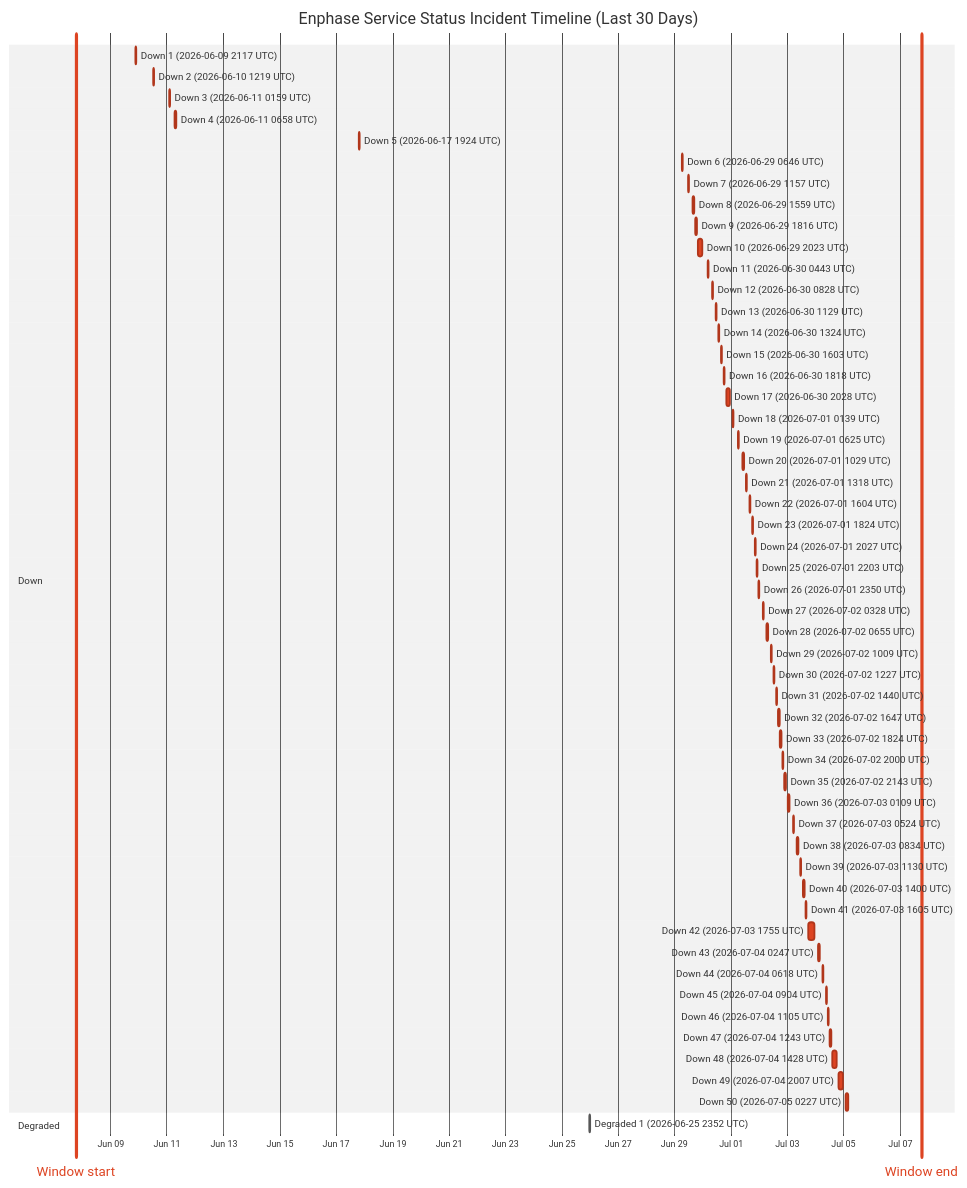
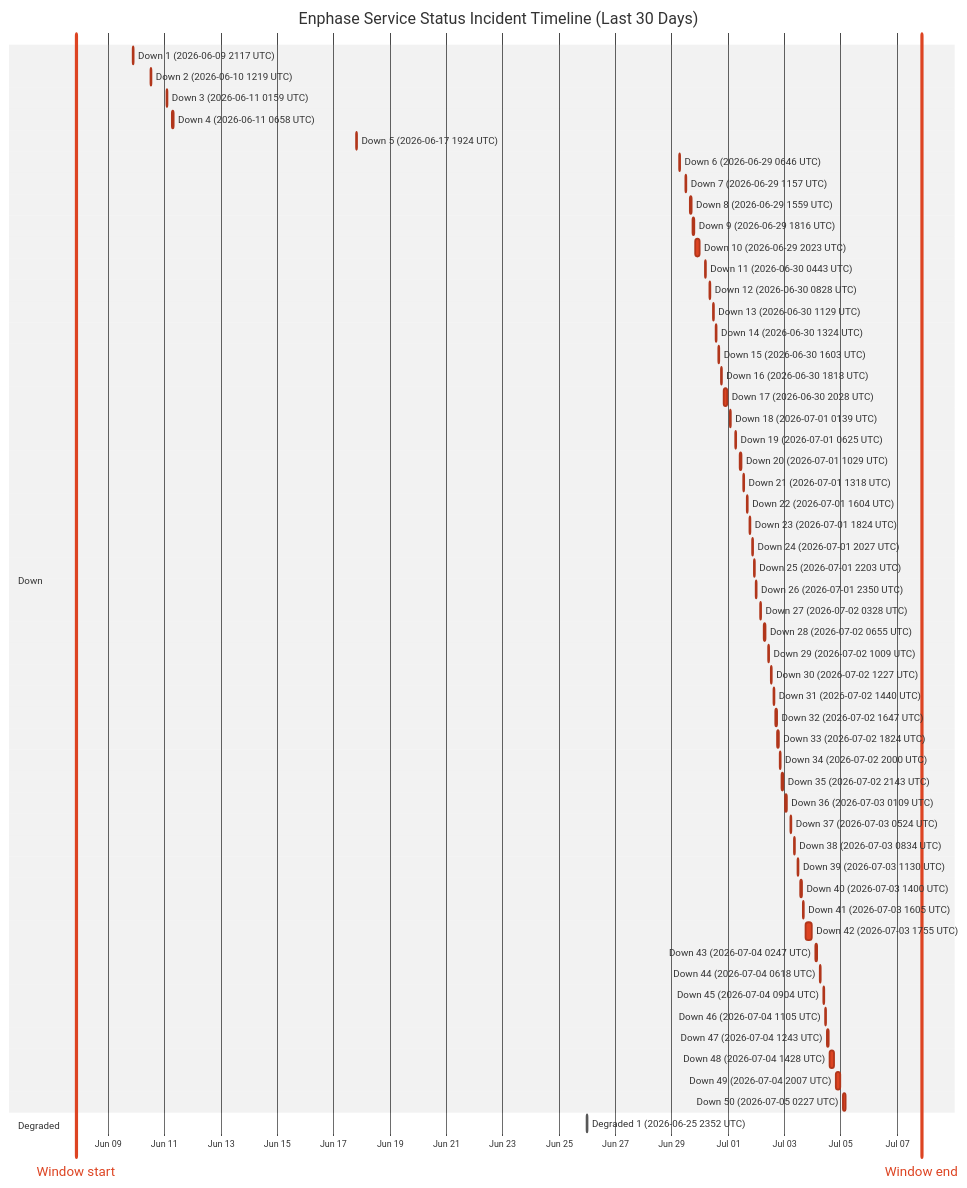
One commit to barneyonline/ha-enphase-energy changed the diagram in wiki/Service-Status-History.md. Above: the diagram before and after it, drawn with Mermaid (neutral theme). The commit also changed other lines of this file and 3 other files, not shown here.

````diff
--- a/wiki/Service-Status-History.md
+++ b/wiki/Service-Status-History.md
@@ -14,61 +14,61 @@
 ```mermaid
 gantt
     title Enphase Service Status Incident Timeline (Last 30 Days)
     dateFormat  YYYY-MM-DDTHH:mm:ss
     axisFormat  %b %d
-    Window start :vert, window-start, 2026-06-07T18:32:04, 0ms
-    Window end :vert, window-end, 2026-07-07T18:32:04, 0ms
+    Window start :vert, window-start, 2026-06-07T20:48:57, 0ms
+    Window end :vert, window-end, 2026-07-07T20:48:57, 0ms
     section Down
     Down 1 (2026-06-09 2117 UTC) :crit, down-1, 2026-06-09T21:17:17, 60m
     Down 2 (2026-06-10 1219 UTC) :crit, down-2, 2026-06-10T12:19:21, 60m
     Down 3 (2026-06-11 0159 UTC) :crit, down-3, 2026-06-11T01:59:36, 60m
     Down 4 (2026-06-11 0658 UTC) :crit, down-4, 2026-06-11T06:58:45, 60m
     Down 5 (2026-06-17 1924 UTC) :crit, down-5, 2026-06-17T19:24:51, 60m
     Down 6 (2026-06-29 0646 UTC) :crit, down-6, 2026-06-29T06:46:18, 60m
     Down 7 (2026-06-29 1157 UTC) :crit, down-7, 2026-06-29T11:57:36, 60m
     Down 8 (2026-06-29 1559 UTC) :crit, down-8, 2026-06-29T15:59:02, 60m
     Down 9 (2026-06-29 1816 UTC) :crit, down-9, 2026-06-29T18:16:38, 60m
     Down 10 (2026-06-29 2023 UTC) :crit, down-10, 2026-06-29T20:23:16, 220m
     Down 11 (2026-06-30 0443 UTC) :crit, down-11, 2026-06-30T04:43:54, 60m
     Down 12 (2026-06-30 0828 UTC) :crit, down-12, 2026-06-30T08:28:43, 60m
     Down 13 (2026-06-30 1129 UTC) :crit, down-13, 2026-06-30T11:29:15, 60m
     Down 14 (2026-06-30 1324 UTC) :crit, down-14, 2026-06-30T13:24:25, 60m
     Down 15 (2026-06-30 1603 UTC) :crit, down-15, 2026-06-30T16:03:26, 60m
     Down 16 (2026-06-30 1818 UTC) :crit, down-16, 2026-06-30T18:18:39, 60m
     Down 17 (2026-06-30 2028 UTC) :crit, down-17, 2026-06-30T20:28:54, 171m
     Down 18 (2026-07-01 0139 UTC) :crit, down-18, 2026-07-01T01:39:18, 60m
     Down 19 (2026-07-01 0625 UTC) :crit, down-19, 2026-07-01T06:25:35, 60m
     Down 20 (2026-07-01 1029 UTC) :crit, down-20, 2026-07-01T10:29:24, 60m
     Down 21 (2026-07-01 1318 UTC) :crit, down-21, 2026-07-01T13:18:31, 60m
     Down 22 (2026-07-01 1604 UTC) :crit, down-22, 2026-07-01T16:04:29, 60m
     Down 23 (2026-07-01 1824 UTC) :crit, down-23, 2026-07-01T18:24:21, 60m
     Down 24 (2026-07-01 2027 UTC) :crit, down-24, 2026-07-01T20:27:17, 60m
     Down 25 (2026-07-01 2203 UTC) :crit, down-25, 2026-07-01T22:03:46, 60m
     Down 26 (2026-07-01 2350 UTC) :crit, down-26, 2026-07-01T23:50:52, 60m
     Down 27 (2026-07-02 0328 UTC) :crit, down-27, 2026-07-02T03:28:33, 60m
     Down 28 (2026-07-02 0655 UTC) :crit, down-28, 2026-07-02T06:55:07, 60m
     Down 29 (2026-07-02 1009 UTC) :crit, down-29, 2026-07-02T10:09:15, 60m
     Down 30 (2026-07-02 1227 UTC) :crit, down-30, 2026-07-02T12:27:49, 60m
     Down 31 (2026-07-02 1440 UTC) :crit, down-31, 2026-07-02T14:40:53, 60m
     Down 32 (2026-07-02 1647 UTC) :crit, down-32, 2026-07-02T16:47:47, 60m
     Down 33 (2026-07-02 1824 UTC) :crit, down-33, 2026-07-02T18:24:26, 60m
     Down 34 (2026-07-02 2000 UTC) :crit, down-34, 2026-07-02T20:00:57, 60m
     Down 35 (2026-07-02 2143 UTC) :crit, down-35, 2026-07-02T21:43:52, 80m
     Down 36 (2026-07-03 0109 UTC) :crit, down-36, 2026-07-03T01:09:19, 60m
     Down 37 (2026-07-03 0524 UTC) :crit, down-37, 2026-07-03T05:24:23, 60m
     Down 38 (2026-07-03 0834 UTC) :crit, down-38, 2026-07-03T08:34:05, 60m
     Down 39 (2026-07-03 1130 UTC) :crit, down-39, 2026-07-03T11:30:41, 60m
     Down 40 (2026-07-03 1400 UTC) :crit, down-40, 2026-07-03T14:00:48, 60m
     Down 41 (2026-07-03 1605 UTC) :crit, down-41, 2026-07-03T16:05:49, 60m
     Down 42 (2026-07-03 1755 UTC) :crit, down-42, 2026-07-03T17:55:54, 338m
     Down 43 (2026-07-04 0247 UTC) :crit, down-43, 2026-07-04T02:47:22, 60m
     Down 44 (2026-07-04 0618 UTC) :crit, down-44, 2026-07-04T06:18:09, 60m
     Down 45 (2026-07-04 0904 UTC) :crit, down-45, 2026-07-04T09:04:41, 60m
     Down 46 (2026-07-04 1105 UTC) :crit, down-46, 2026-07-04T11:05:21, 60m
     Down 47 (2026-07-04 1243 UTC) :crit, down-47, 2026-07-04T12:43:25, 60m
     Down 48 (2026-07-04 1428 UTC) :crit, down-48, 2026-07-04T14:28:07, 243m
     Down 49 (2026-07-04 2007 UTC) :crit, down-49, 2026-07-04T20:07:50, 206m
     Down 50 (2026-07-05 0227 UTC) :crit, down-50, 2026-07-05T02:27:32, 109m
     section Degraded
     Degraded 1 (2026-06-25 2352 UTC) :active, degraded-1, 2026-06-25T23:52:01, 60m
 ```
````
